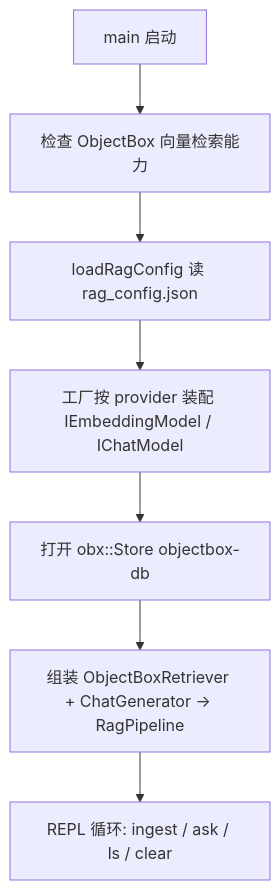
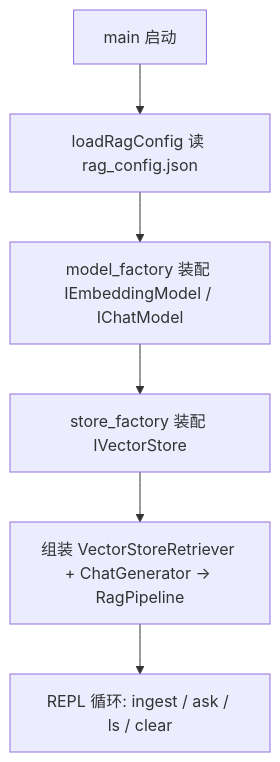
The diagram in doc/examples/rag_basic_code_analysis.md (courier-0221/autumndawn.cpp), drawn with Mermaid before and after one commit. The commit also changed other lines of this file and 20 other files, not shown here.

````diff
--- a/doc/examples/rag_basic_code_analysis.md
+++ b/doc/examples/rag_basic_code_analysis.md
@@ -121,9 +137,8 @@
 ```mermaid
 graph TB
-    A[main 启动] --> B[检查 ObjectBox 向量检索能力]
-    B --> C[loadRagConfig 读 rag_config.json]
-    C --> D[工厂按 provider 装配 IEmbeddingModel / IChatModel]
-    D --> E[打开 obx::Store objectbox-db]
-    E --> F[组装 ObjectBoxRetriever + ChatGenerator → RagPipeline]
+    A[main 启动] --> C[loadRagConfig 读 rag_config.json]
+    C --> D[model_factory 装配 IEmbeddingModel / IChatModel]
+    D --> E[store_factory 装配 IVectorStore]
+    E --> F[组装 VectorStoreRetriever + ChatGenerator → RagPipeline]
     F --> G[REPL 循环: ingest / ask / ls / clear]
 ```
````
